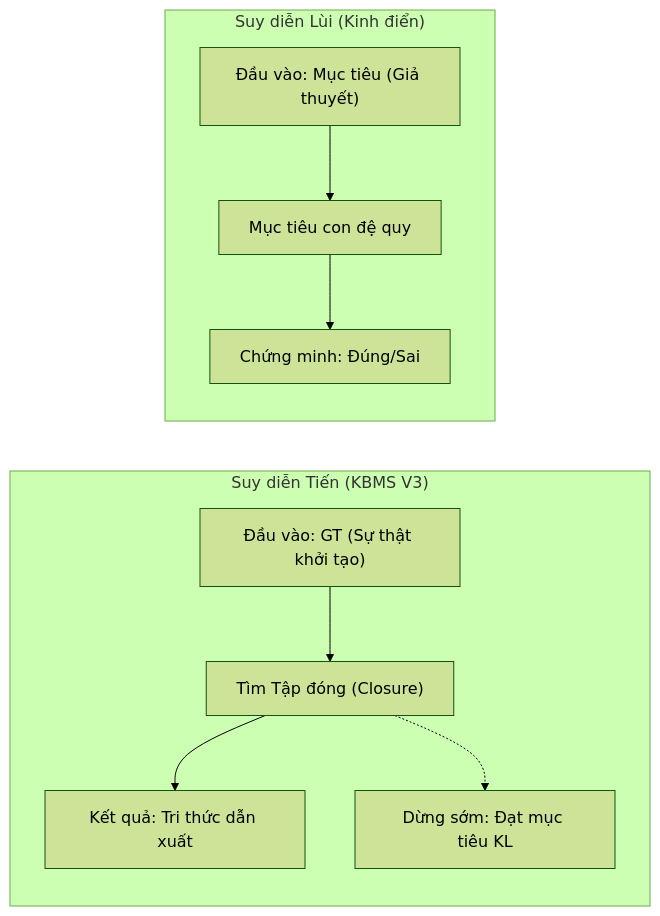
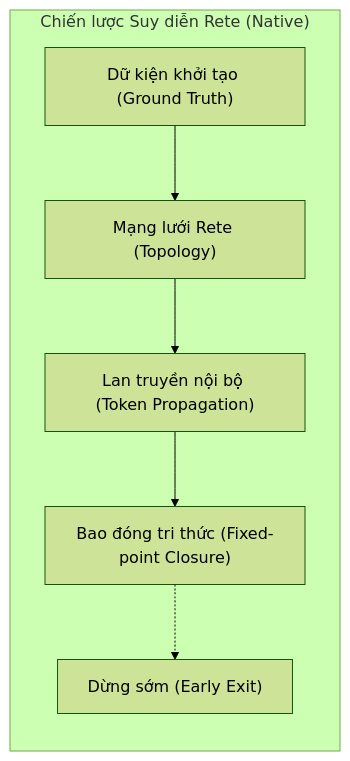
Before and after one commit to tranphat1506/KBMS: the diagram in docs/assets/diagrams/reasoning_strategies.mmd, drawn with Mermaid (forest theme). The commit also changed 574 other files, not shown here.

Commit message:
refactor: reorganize documentation structure, update diagrams, and clean up legacy LaTeX report assets.

```diff
--- a/docs/assets/diagrams/reasoning_strategies.mmd
+++ b/docs/assets/diagrams/reasoning_strategies.mmd
@@ -1,11 +1,7 @@
 graph LR
-    subgraph Suy_dien_Tien["Suy diễn Tiến (KBMS V3)"]
-        F1["Đầu vào: GT (Sự thật khởi tạo)"] --> F2["Tìm Tập đóng (Closure)"]
-        F2 --> F3["Kết quả: Tri thức dẫn xuất"]
-        F2 -.-> F4["Dừng sớm: Đạt mục tiêu KL"]
+    subgraph Rete_Inference_Strategy["Chiến lược Suy diễn Rete (Native)"]
+        F1["Dữ kiện khởi tạo (Ground Truth)"] --> F2["Mạng lưới Rete (Topology)"]
+        F2 --> F3["Lan truyền nội bộ (Token Propagation)"]
+        F3 --> F4["Bao đóng tri thức (Fixed-point Closure)"]
+        F4 -.-> F5["Dừng sớm (Early Exit)"]
     end
-    
-    subgraph Suy_dien_Lui["Suy diễn Lùi (Kinh điển)"]
-        B1["Đầu vào: Mục tiêu (Giả thuyết)"] --> B2["Mục tiêu con đệ quy"]
-        B2 --> B3["Chứng minh: Đúng/Sai"]
-    end
```
